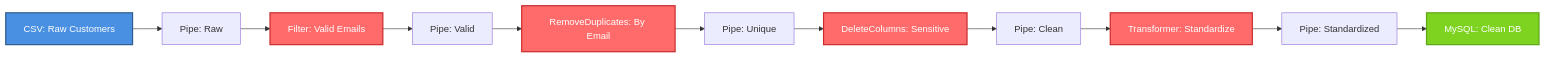
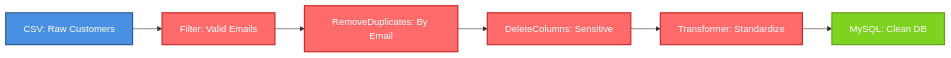
The fourth of 6 diagrams in docs/complex_pipelines.md (bernardo-colorado-dubois/open-stage), drawn with Mermaid before and after one commit. The commit also changed other lines of this file, not shown here.

````diff
--- a/docs/complex_pipelines.md
+++ b/docs/complex_pipelines.md
@@ -643,23 +615,14 @@
 ```mermaid
 flowchart LR
     CSV[CSV: Raw Customers]:::origin
-    CSV --> P1[Pipe: Raw]
     
-    P1 --> F1[Filter: Valid Emails]:::transformer
-    F1 --> P2[Pipe: Valid]
-    
-    P2 --> RD[RemoveDuplicates: By Email]:::transformer
-    RD --> P3[Pipe: Unique]
-    
-    P3 --> DC[DeleteColumns: Sensitive]:::transformer
-    DC --> P4[Pipe: Clean]
-    
-    P4 --> TR[Transformer: Standardize]:::transformer
-    TR --> P5[Pipe: Standardized]
-    
-    P5 --> MySQL[MySQL: Clean DB]:::destination
+    CSV --> F1[Filter: Valid Emails]:::transformer
+    F1 --> RD[RemoveDuplicates: By Email]:::transformer
+    RD --> DC[DeleteColumns: Sensitive]:::transformer
+    DC --> TR[Transformer: Standardize]:::transformer
+    TR --> MySQL[MySQL: Clean DB]:::destination
     
     classDef origin fill:#4A90E2,stroke:#2E5C8A,stroke-width:2px,color:#fff
     classDef transformer fill:#FF6B6B,stroke:#C92A2A,stroke-width:2px,color:#fff
     classDef destination fill:#7ED321,stroke:#5FA319,stroke-width:2px,color:#fff
 ```
````
